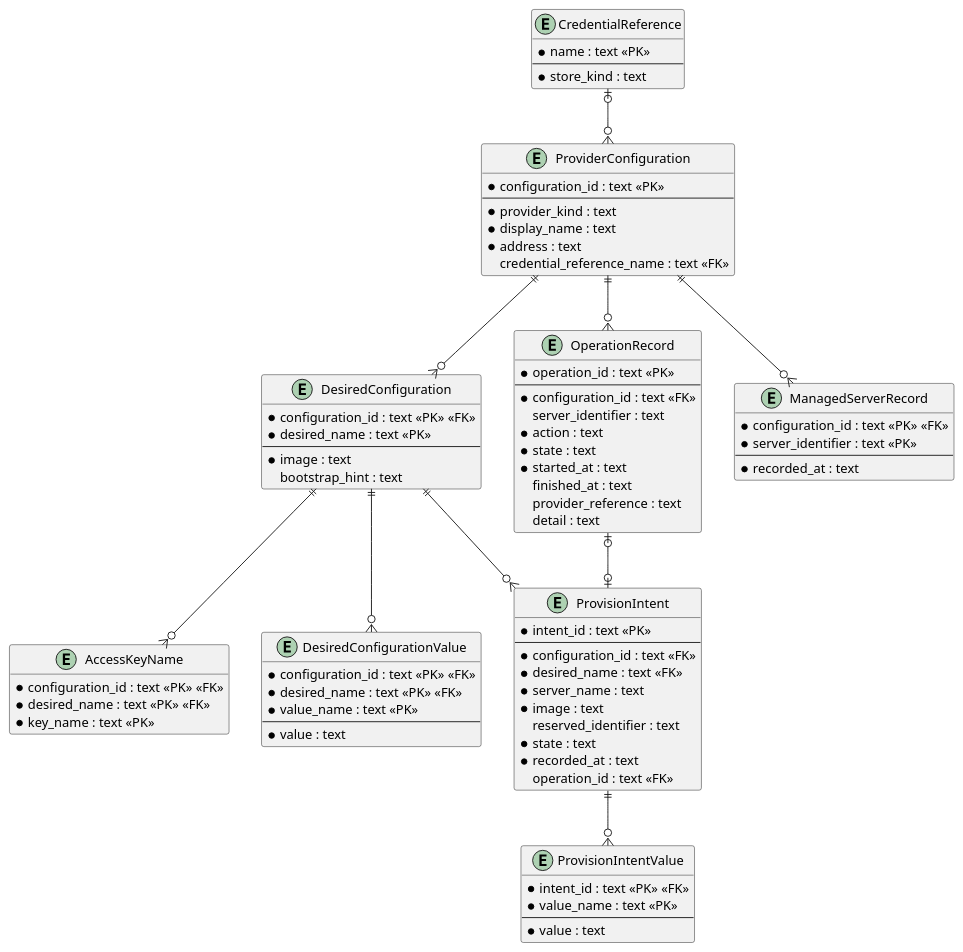
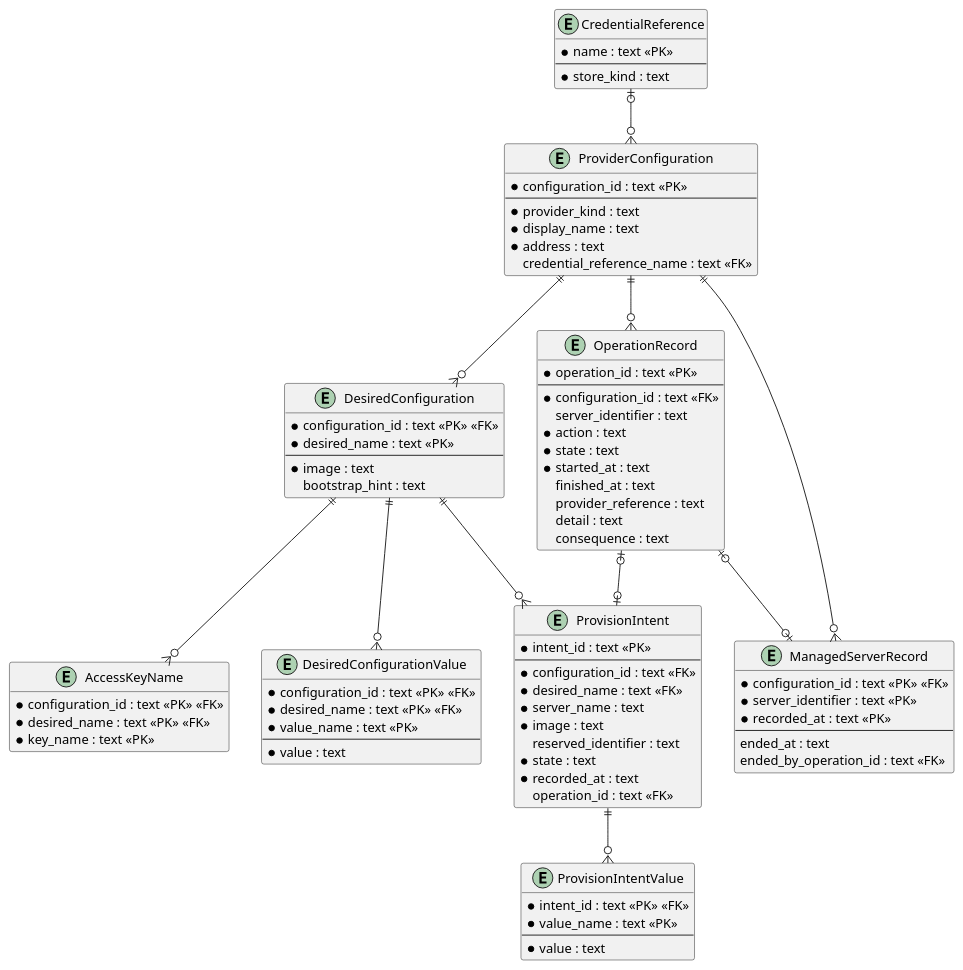
One commit to TirSystem/iac-node-forge changed the diagram in docs/erd.md. Above: the diagram before and after it, drawn with PlantUML. The commit also changed other lines of this file and 15 other files, not shown here.

````diff
--- a/docs/erd.md
+++ b/docs/erd.md
@@ -89,12 +91,15 @@
   finished_at : text
   provider_reference : text
   detail : text
+  consequence : text
 }
 entity ManagedServerRecord {
   * configuration_id : text <<PK>> <<FK>>
   * server_identifier : text <<PK>>
+  * recorded_at : text <<PK>>
   --
-  * recorded_at : text
+  ended_at : text
+  ended_by_operation_id : text <<FK>>
 }
 
 CredentialReference |o--o{ ProviderConfiguration
@@ -106,5 +111,6 @@
 DesiredConfiguration ||--o{ ProvisionIntent
 ProvisionIntent ||--o{ ProvisionIntentValue
 OperationRecord |o--o| ProvisionIntent
+OperationRecord |o--o| ManagedServerRecord
 @enduml
 ```
````
